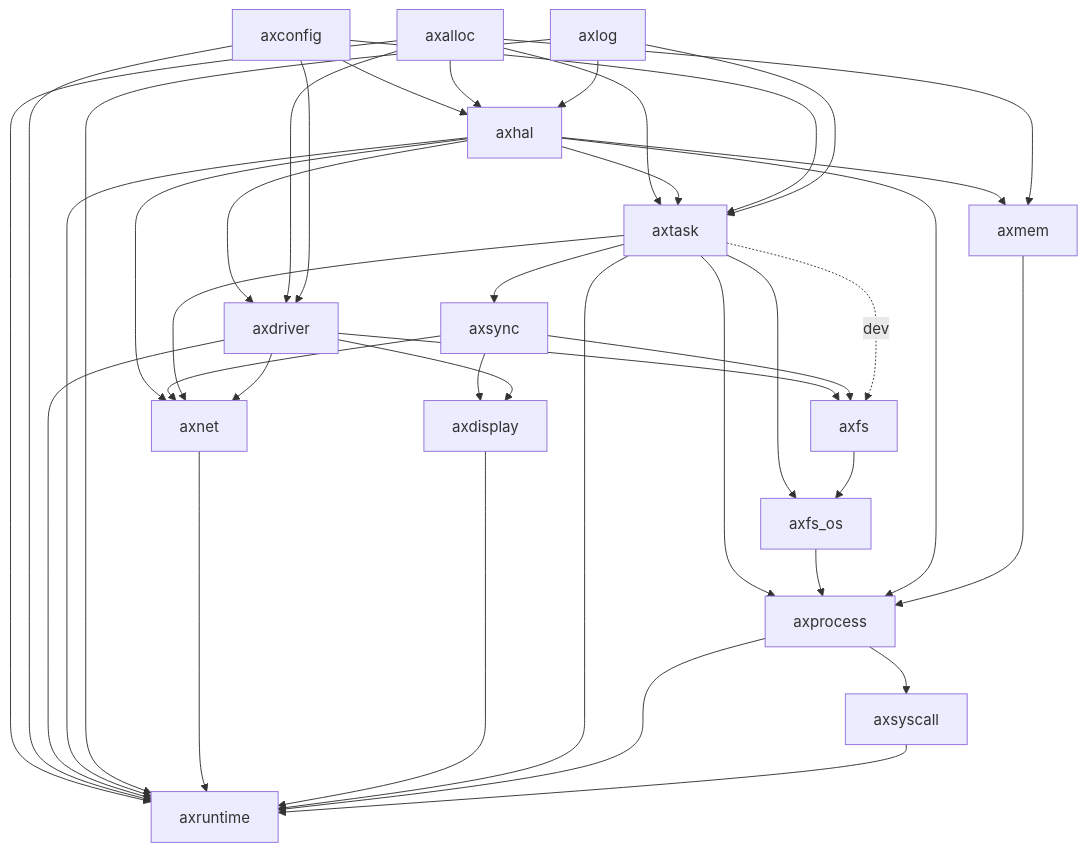
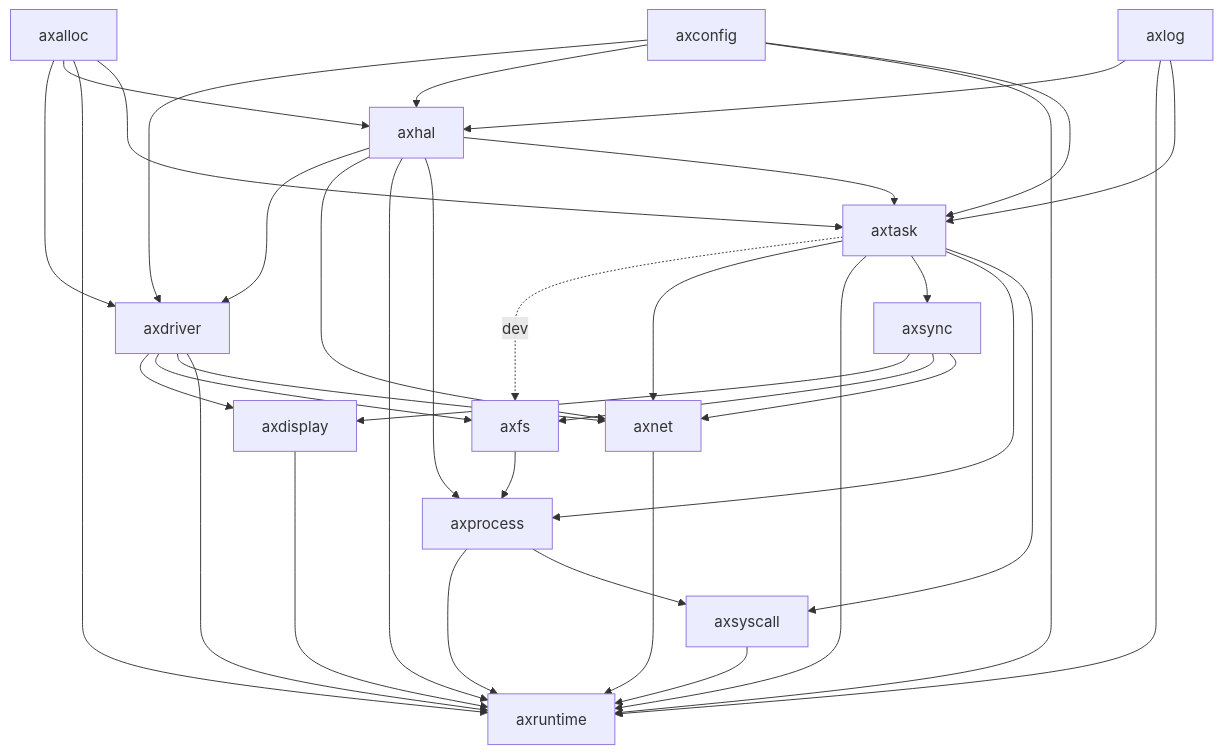
Before and after one commit to arceos-org/arceos: the diagram in README.md, drawn with Mermaid. The commit also changed other lines of this file and 17 other files, not shown here.

````diff
--- a/README.md
+++ b/README.md
@@ -183,52 +32,44 @@
 ```mermaid
 graph TD;
 axsync-->axdisplay
 axdriver-->axdisplay
 
 axhal-->axdriver
 axalloc-->axdriver
 axconfig-->axdriver
 
 axdriver-->axfs
 axsync-->axfs
 axtask-.dev.->axfs
-
-axtask-->axfs_os
-axfs-->axfs_os
 
 axconfig-->axhal
 axalloc-->axhal
 axlog-->axhal
 
 axhal-->axnet
 axsync-->axnet
 axtask-->axnet
 axdriver-->axnet
 
 axalloc-->axruntime
 axconfig-->axruntime
 axdriver-->axruntime
 axhal-->axruntime
 axlog-->axruntime
 axnet-->axruntime
 axdisplay-->axruntime
 axtask-->axruntime
 axprocess-->axruntime
 axtask-->axsync
 axtask-->axprocess
-axfs_os-->axprocess
+axfs-->axprocess
 axhal-->axprocess
 
+axtask-->axsyscall
 axprocess-->axsyscall
 axsyscall-->axruntime
 axalloc-->axtask
 axhal-->axtask
 axconfig-->axtask
 axlog-->axtask
-
-axhal-->axmem
-axalloc-->axmem
-
-axmem-->axprocess
-
 ```
````
